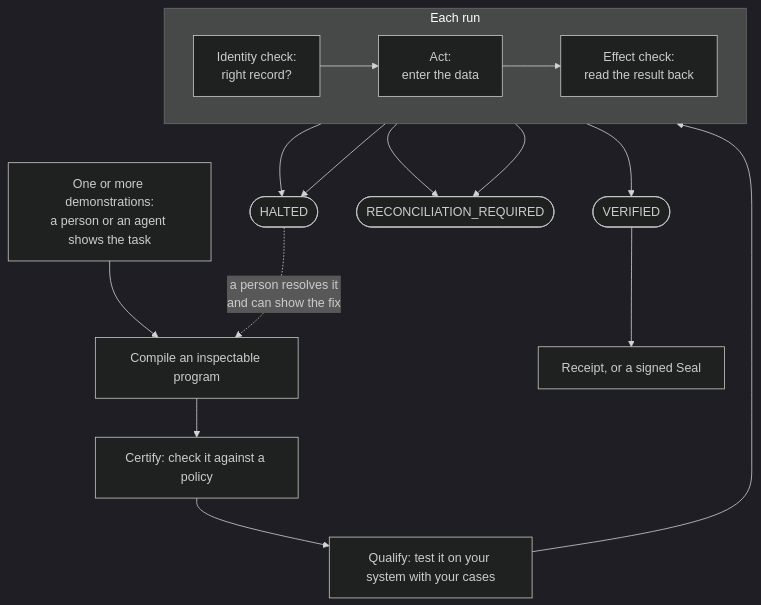
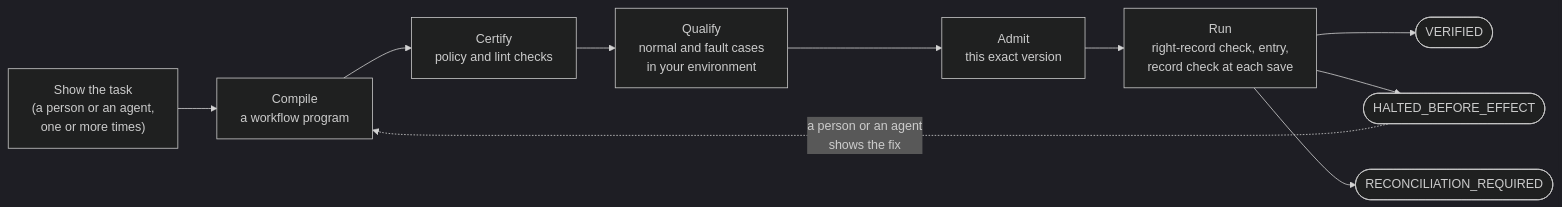
Before and after one commit to OpenAdaptAI/OpenAdapt: the diagram in README.md, drawn with Mermaid (dark theme). The commit also changed other lines of this file, not shown here.

````diff
--- a/README.md
+++ b/README.md
@@ -38,19 +24,12 @@
 ```mermaid
-flowchart TD
-    D["One or more demonstrations:<br/>a person or an agent shows the task"] --> C["Compile an inspectable program"]
-    C --> CE["Certify: check it against a policy"]
-    CE --> Q["Qualify: test it on your system with your cases"]
-    Q --> I
-    subgraph RUN["Each run"]
-        direction LR
-        I["Identity check:<br/>right record?"] --> A["Act:<br/>enter the data"]
-        A --> E["Effect check:<br/>read the result back"]
-    end
-    E --> V(["VERIFIED"])
-    E --> R(["RECONCILIATION_REQUIRED"])
-    A --> R
-    I --> H(["HALTED"])
-    E --> H
-    V --> S["Receipt, or a signed Seal"]
-    H -.->|"a person resolves it<br/>and can show the fix"| C
+flowchart LR
+    S["Show the task<br/>(a person or an agent,<br/>one or more times)"] --> C["Compile<br/>a workflow program"]
+    C --> P["Certify<br/>policy and lint checks"]
+    P --> Q["Qualify<br/>normal and fault cases<br/>in your environment"]
+    Q --> A["Admit<br/>this exact version"]
+    A --> R["Run<br/>right-record check, entry,<br/>record check at each save"]
+    R --> V(["VERIFIED"])
+    R --> H(["HALTED_BEFORE_EFFECT"])
+    R --> U(["RECONCILIATION_REQUIRED"])
+    H -.->|"a person or an agent<br/>shows the fix"| C
 ```
````
